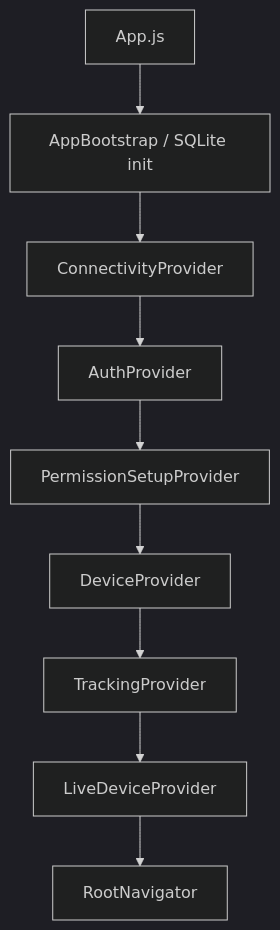
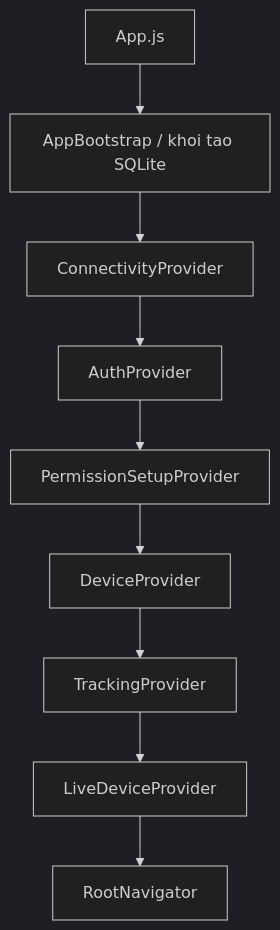
One commit to bupbalabup/MMA301 changed the first of 4 diagrams in PROJECT_EXPORT.md. Above: the diagram before and after it, drawn with Mermaid (dark theme). The commit also changed other lines of this file and 22 other files, not shown here.

````diff
--- a/PROJECT_EXPORT.md
+++ b/PROJECT_EXPORT.md
@@ -25,11 +26,11 @@
 ```mermaid
 flowchart TD
-  App[App.js] --> Bootstrap[AppBootstrap / SQLite init]
+  App[App.js] --> Bootstrap[AppBootstrap / khoi tao SQLite]
   Bootstrap --> Connectivity[ConnectivityProvider]
   Connectivity --> Auth[AuthProvider]
   Auth --> Permission[PermissionSetupProvider]
   Permission --> Device[DeviceProvider]
   Device --> Tracking[TrackingProvider]
   Tracking --> Live[LiveDeviceProvider]
   Live --> Navigation[RootNavigator]
 ```
````
